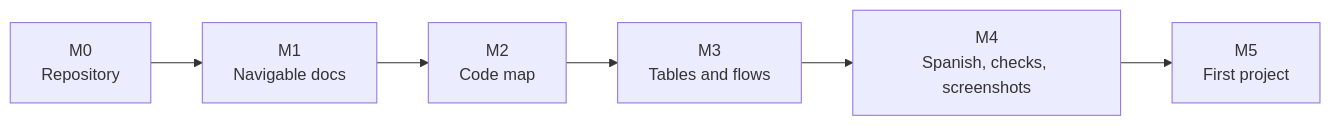
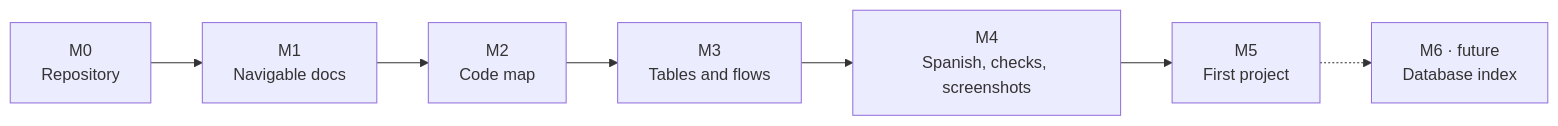
The diagram in docs/PLAN.md (AADigitalBusiness/AAD-docs), drawn with Mermaid before and after one commit. The commit also changed other lines of this file and 4 other files, not shown here.

First line of the commit message:
Plan: recommend django-tree-queries index for a future delivery

````diff
--- a/docs/PLAN.md
+++ b/docs/PLAN.md
@@ -5,8 +5,9 @@
 ```mermaid
 flowchart LR
     m0["M0<br/>Repository"] --> m1["M1<br/>Navigable docs"]
     m1 --> m2["M2<br/>Code map"]
     m2 --> m3["M3<br/>Tables and flows"]
     m3 --> m4["M4<br/>Spanish, checks, screenshots"]
     m4 --> m5["M5<br/>First project"]
+    m5 -.-> m6["M6 · future<br/>Database index"]
 ```
````
